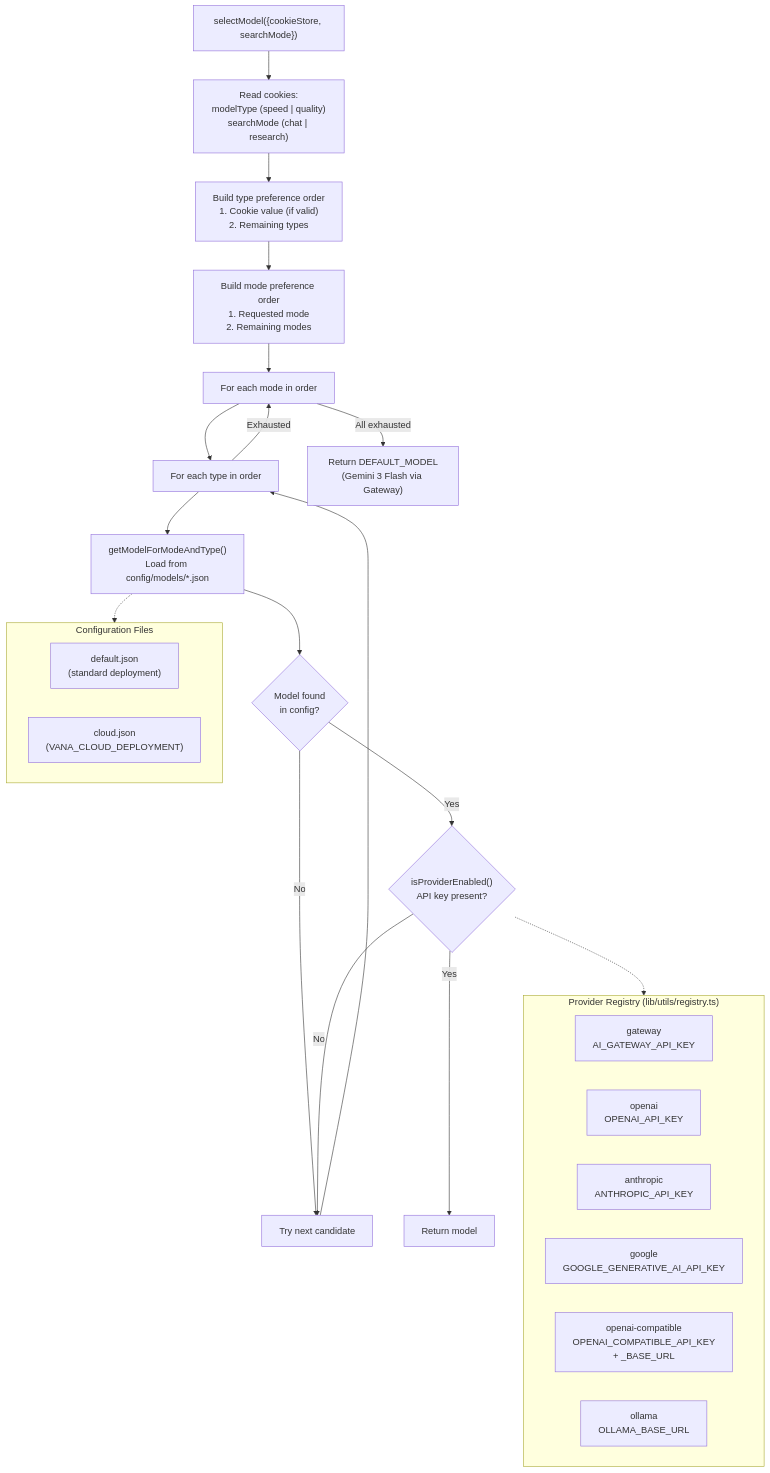
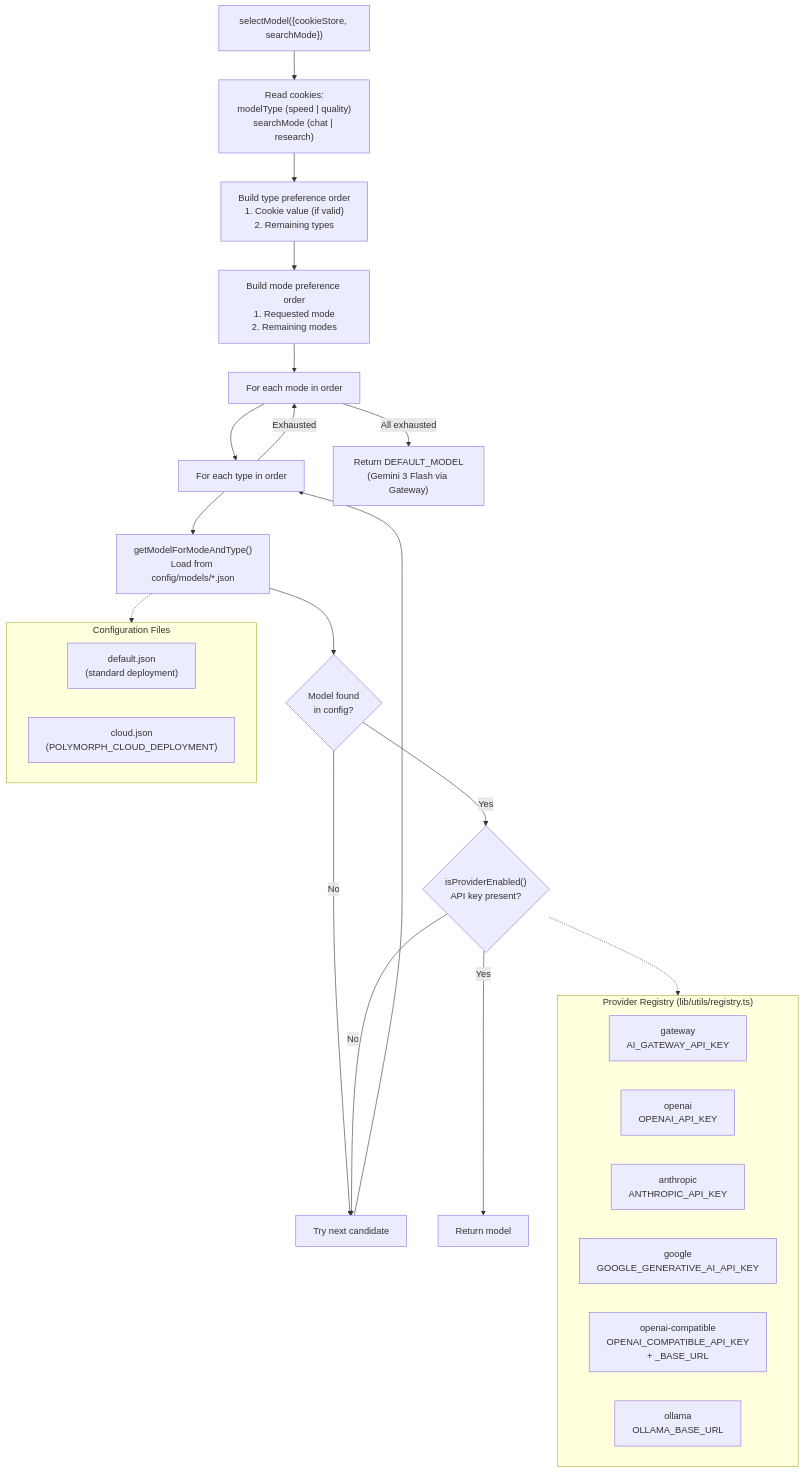
Before and after one commit to NickB03/polymorph: the eighth of 10 diagrams in docs/ARCHITECTURE.md, drawn with Mermaid. The commit also changed other lines of this file and 41 other files, not shown here.

````diff
--- a/docs/ARCHITECTURE.md
+++ b/docs/ARCHITECTURE.md
@@ -538,44 +538,44 @@
 ```mermaid
 flowchart TD
     Start["selectModel({cookieStore, searchMode})"]
     ReadCookies["Read cookies:<br/>modelType (speed | quality)<br/>searchMode (chat | research)"]
     BuildTypeOrder["Build type preference order<br/>1. Cookie value (if valid)<br/>2. Remaining types"]
     BuildModeOrder["Build mode preference order<br/>1. Requested mode<br/>2. Remaining modes"]
 
     LoopModes["For each mode in order"]
     LoopTypes["For each type in order"]
     LoadConfig["getModelForModeAndType()<br/>Load from config/models/*.json"]
     ConfigFound{"Model found<br/>in config?"}
     ProviderEnabled{"isProviderEnabled()<br/>API key present?"}
     ReturnModel["Return model"]
     NextCandidate["Try next candidate"]
     DefaultModel["Return DEFAULT_MODEL<br/>(Gemini 3 Flash via Gateway)"]
 
     subgraph ConfigFiles["Configuration Files"]
         DefaultJSON["default.json<br/>(standard deployment)"]
-        CloudJSON["cloud.json<br/>(VANA_CLOUD_DEPLOYMENT)"]
+        CloudJSON["cloud.json<br/>(POLYMORPH_CLOUD_DEPLOYMENT)"]
     end
 
     subgraph Providers["Provider Registry (lib/utils/registry.ts)"]
         Gateway["gateway<br/>AI_GATEWAY_API_KEY"]
         OpenAI["openai<br/>OPENAI_API_KEY"]
         Anthropic["anthropic<br/>ANTHROPIC_API_KEY"]
         Google["google<br/>GOOGLE_GENERATIVE_AI_API_KEY"]
         OpenAICompat["openai-compatible<br/>OPENAI_COMPATIBLE_API_KEY<br/>+ _BASE_URL"]
         Ollama["ollama<br/>OLLAMA_BASE_URL"]
     end
 
     Start --> ReadCookies --> BuildTypeOrder --> BuildModeOrder
     BuildModeOrder --> LoopModes --> LoopTypes
     LoopTypes --> LoadConfig --> ConfigFound
     ConfigFound -->|No| NextCandidate
     ConfigFound -->|Yes| ProviderEnabled
     ProviderEnabled -->|No| NextCandidate
     ProviderEnabled -->|Yes| ReturnModel
     NextCandidate --> LoopTypes
     LoopTypes -->|"Exhausted"| LoopModes
     LoopModes -->|"All exhausted"| DefaultModel
 
     LoadConfig -.-> ConfigFiles
     ProviderEnabled -.-> Providers
 ```
````
